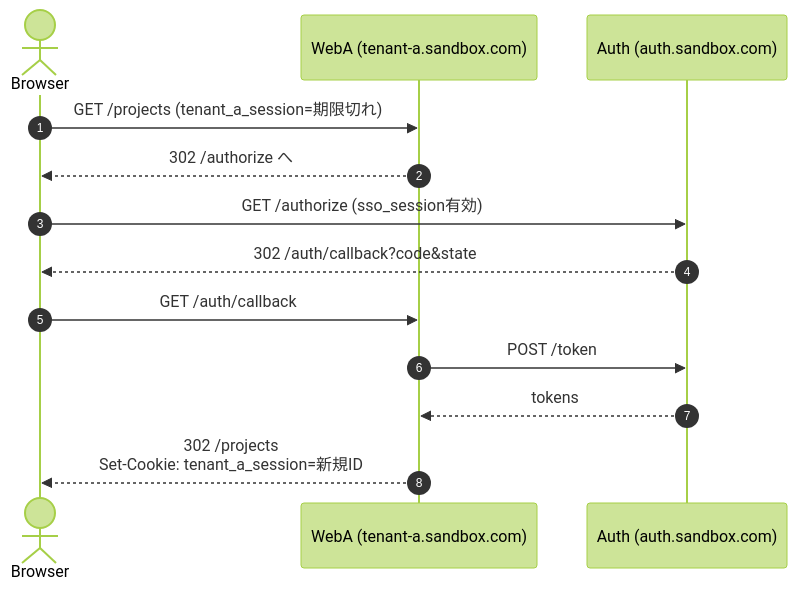
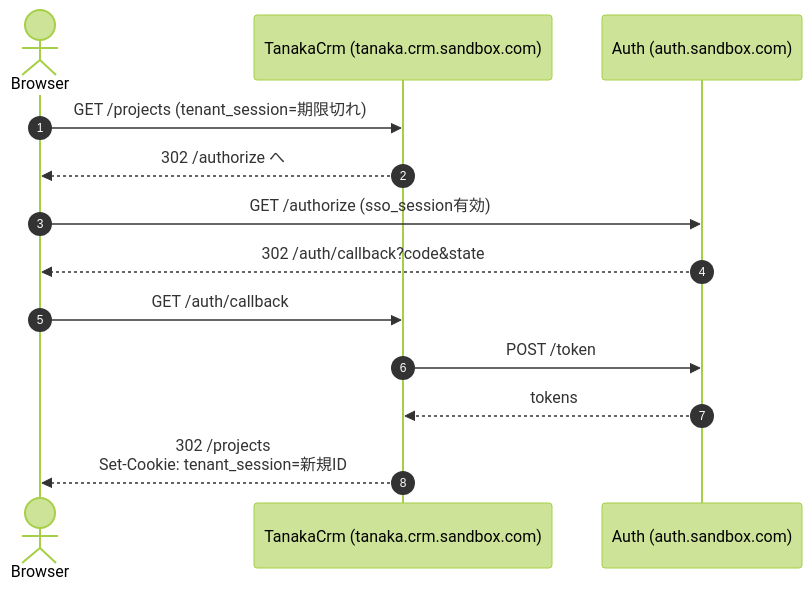
One commit to daisuke-tanabe/multi-domain-sandbox changed the tenth of 15 diagrams in docs/design/02-auth-sequences.md. Above: the diagram before and after it, drawn with Mermaid (forest theme). The commit also changed other lines of this file and 62 other files, not shown here.

````diff
--- a/docs/design/02-auth-sequences.md
+++ b/docs/design/02-auth-sequences.md
@@ -281,16 +359,16 @@
 ```mermaid
 sequenceDiagram
     autonumber
     actor Browser
-    participant WebA as WebA (tenant-a.sandbox.com)
+    participant TanakaCrm as TanakaCrm (tanaka.crm.sandbox.com)
     participant Auth as Auth (auth.sandbox.com)
 
-    Browser->>WebA: GET /projects (tenant_a_session=期限切れ)
-    WebA-->>Browser: 302 /authorize へ
+    Browser->>TanakaCrm: GET /projects (tenant_session=期限切れ)
+    TanakaCrm-->>Browser: 302 /authorize へ
     Browser->>Auth: GET /authorize (sso_session有効)
     Auth-->>Browser: 302 /auth/callback?code&state
-    Browser->>WebA: GET /auth/callback
-    WebA->>Auth: POST /token
-    Auth-->>WebA: tokens
-    WebA-->>Browser: 302 /projects<br/>Set-Cookie: tenant_a_session=新規ID
+    Browser->>TanakaCrm: GET /auth/callback
+    TanakaCrm->>Auth: POST /token
+    Auth-->>TanakaCrm: tokens
+    TanakaCrm-->>Browser: 302 /projects<br/>Set-Cookie: tenant_session=新規ID
 ```
````
